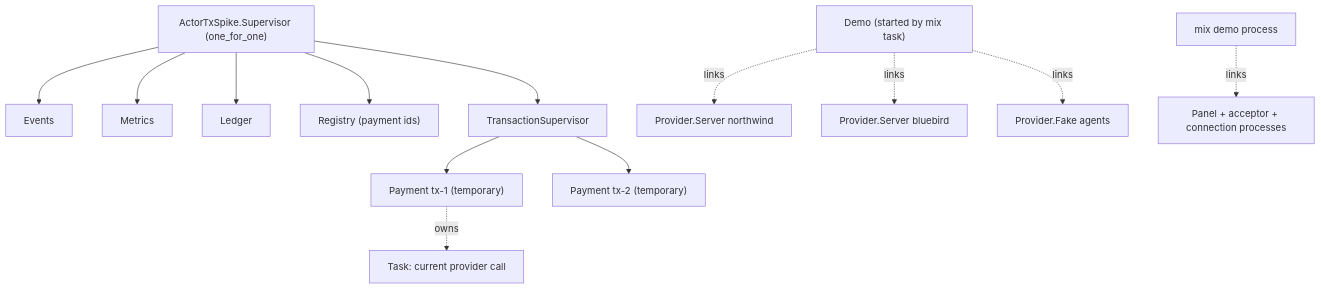
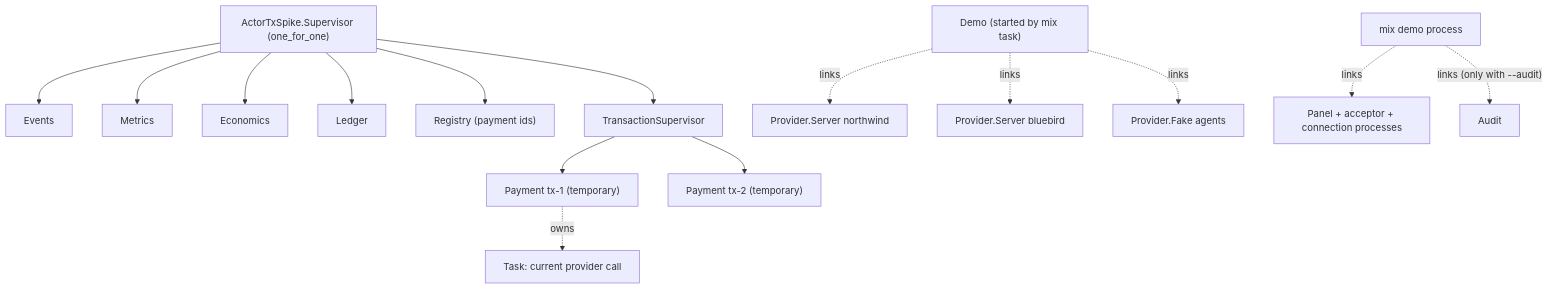
The second of 3 diagrams in docs/architecture/05-system-structure.md (robbrown-net/actor-tx-spike), drawn with Mermaid before and after one commit. The commit also changed other lines of this file and 6 other files, not shown here.

First line of the commit message:
docs: update architecture docs for money, audit chain and economics

````diff
--- a/docs/architecture/05-system-structure.md
+++ b/docs/architecture/05-system-structure.md
@@ -62,18 +78,20 @@
 ```mermaid
 flowchart TD
     APP["ActorTxSpike.Supervisor (one_for_one)"]
     APP --> EVS["Events"]
     APP --> MET["Metrics"]
+    APP --> ECON["Economics"]
     APP --> LED["Ledger"]
     APP --> REG["Registry (payment ids)"]
     APP --> TSUP["TransactionSupervisor"]
     TSUP --> P1["Payment tx-1 (temporary)"]
     TSUP --> P2["Payment tx-2 (temporary)"]
     P1 -. owns .-> T1["Task: current provider call"]
 
     DEMO["Demo (started by mix task)"]
     DEMO -. links .-> PS1["Provider.Server northwind"]
     DEMO -. links .-> PS2["Provider.Server bluebird"]
     DEMO -. links .-> F1["Provider.Fake agents"]
     MT["mix demo process"] -. links .-> PANEL["Panel + acceptor + connection processes"]
+    MT -. "links (only with --audit)" .-> AUDIT["Audit"]
 ```
````
